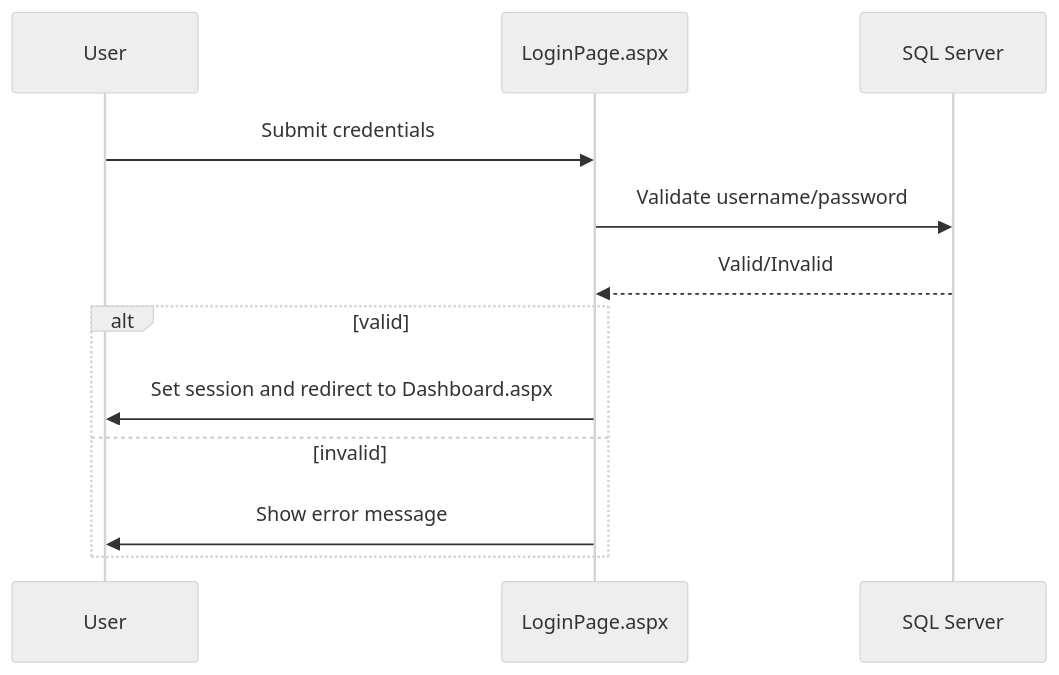
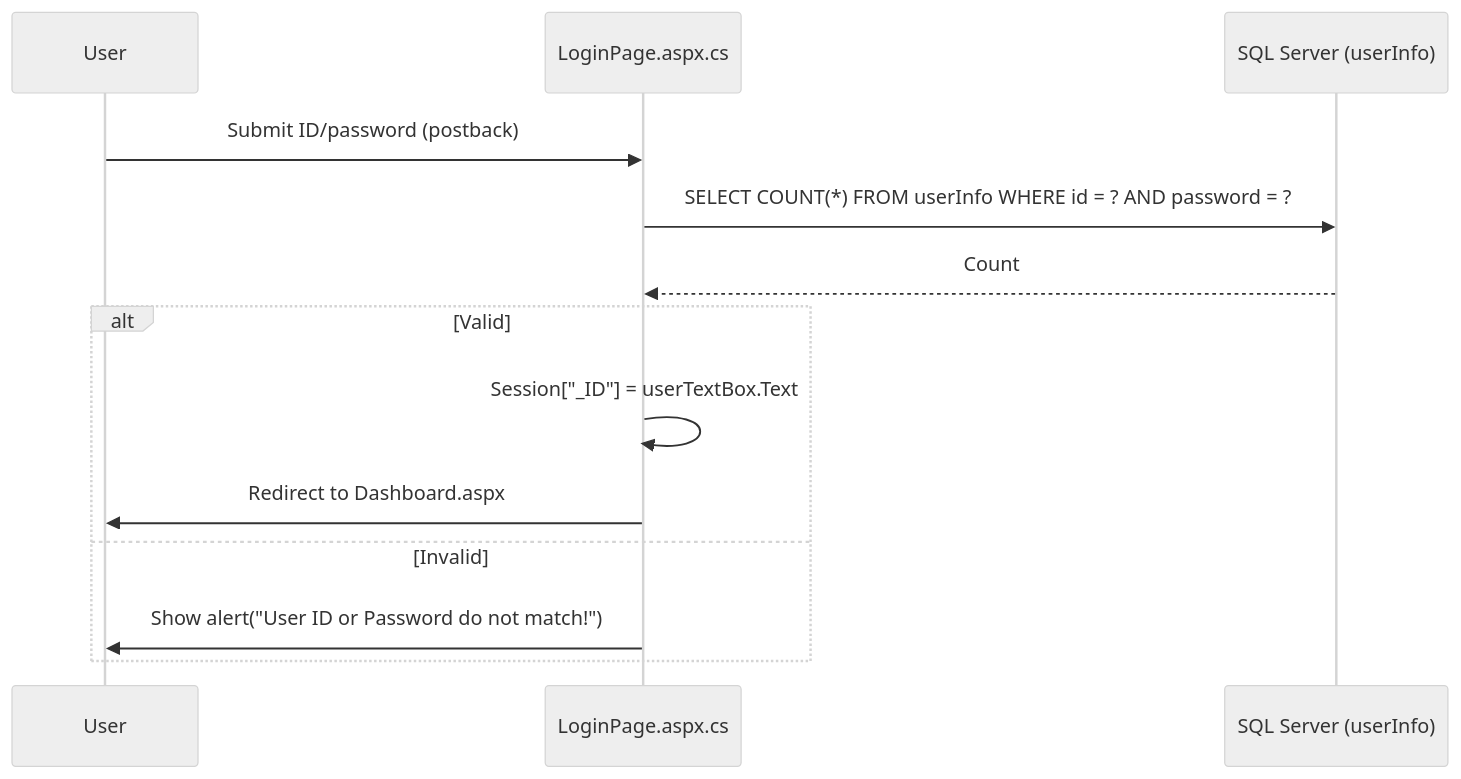
One commit to kavia-common/Online-Examination-System-3411 changed the fourth of 8 diagrams in docs/Architecture.md. Above: the diagram before and after it, drawn with Mermaid (neutral theme). The commit also changed other lines of this file and 7 other files, not shown here.

````diff
--- a/docs/Architecture.md
+++ b/docs/Architecture.md
@@ -29,15 +147,16 @@
 ```mermaid
 sequenceDiagram
     participant U as User
-    participant L as LoginPage.aspx
-    participant DB as SQL Server
+    participant L as LoginPage.aspx.cs
+    participant DB as SQL Server (userInfo)
 
-    U->>L: Submit credentials
-    L->>DB: Validate username/password
-    DB-->>L: Valid/Invalid
-    alt valid
-        L->>U: Set session and redirect to Dashboard.aspx
-    else invalid
-        L->>U: Show error message
+    U->>L: Submit ID/password (postback)
+    L->>DB: SELECT COUNT(*) FROM userInfo WHERE id = ? AND password = ?
+    DB-->>L: Count
+    alt Valid
+        L->>L: Session["_ID"] = userTextBox.Text
+        L->>U: Redirect to Dashboard.aspx
+    else Invalid
+        L->>U: Show alert("User ID or Password do not match!")
     end
 ```
````
